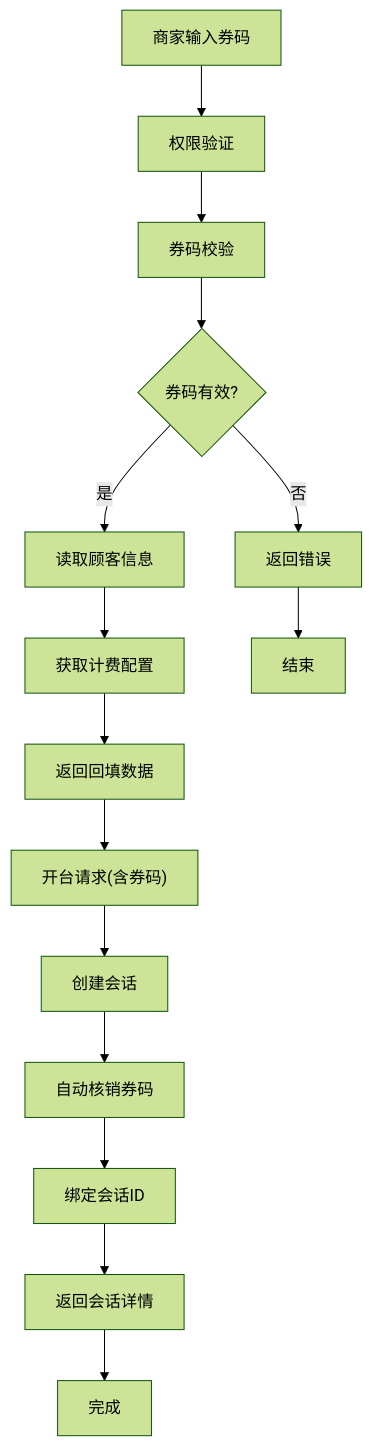
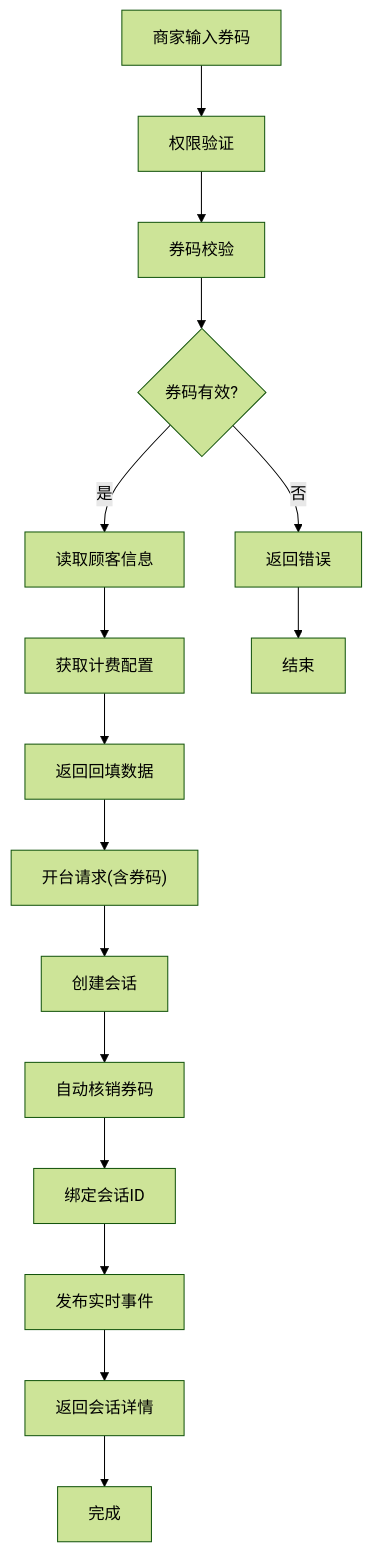
The fifth of 12 diagrams in .qoder/repowiki/zh/content/业务模块/运营管理模块/空间管理.md (rc558620/purelyprofit-server), drawn with Mermaid (forest theme) before and after one commit. The commit also changed other lines of this file and 22 other files, not shown here.

````diff
--- a/.qoder/repowiki/zh/content/业务模块/运营管理模块/空间管理.md
+++ b/.qoder/repowiki/zh/content/业务模块/运营管理模块/空间管理.md
@@ -460,17 +464,18 @@
 ```mermaid
 flowchart TD
 A["商家输入券码"] --> B["权限验证"]
 B --> C["券码校验"]
 C --> D{"券码有效?"}
 D --> |否| E["返回错误"]
 D --> |是| F["读取顾客信息"]
 F --> G["获取计费配置"]
 G --> H["返回回填数据"]
 H --> I["开台请求(含券码)"]
 I --> J["创建会话"]
 J --> K["自动核销券码"]
 K --> L["绑定会话ID"]
-L --> M["返回会话详情"]
-E --> N["结束"]
-M --> O["完成"]
+L --> M["发布实时事件"]
+M --> N["返回会话详情"]
+E --> O["结束"]
+N --> P["完成"]
 ```
````
